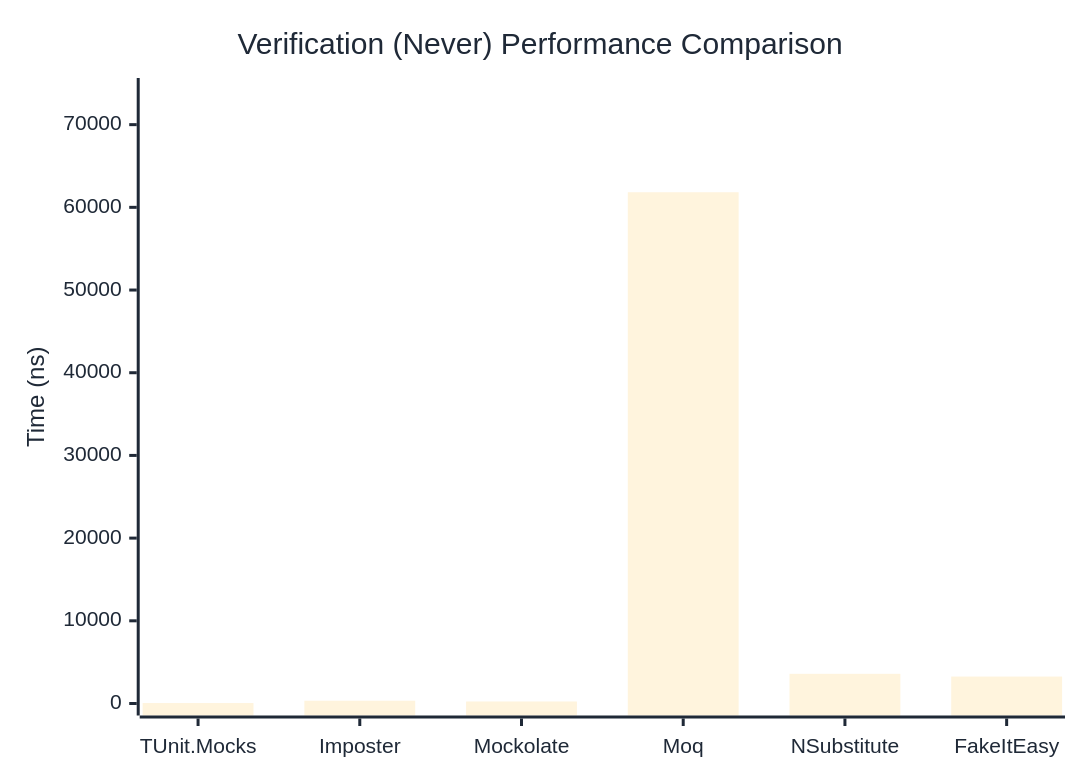
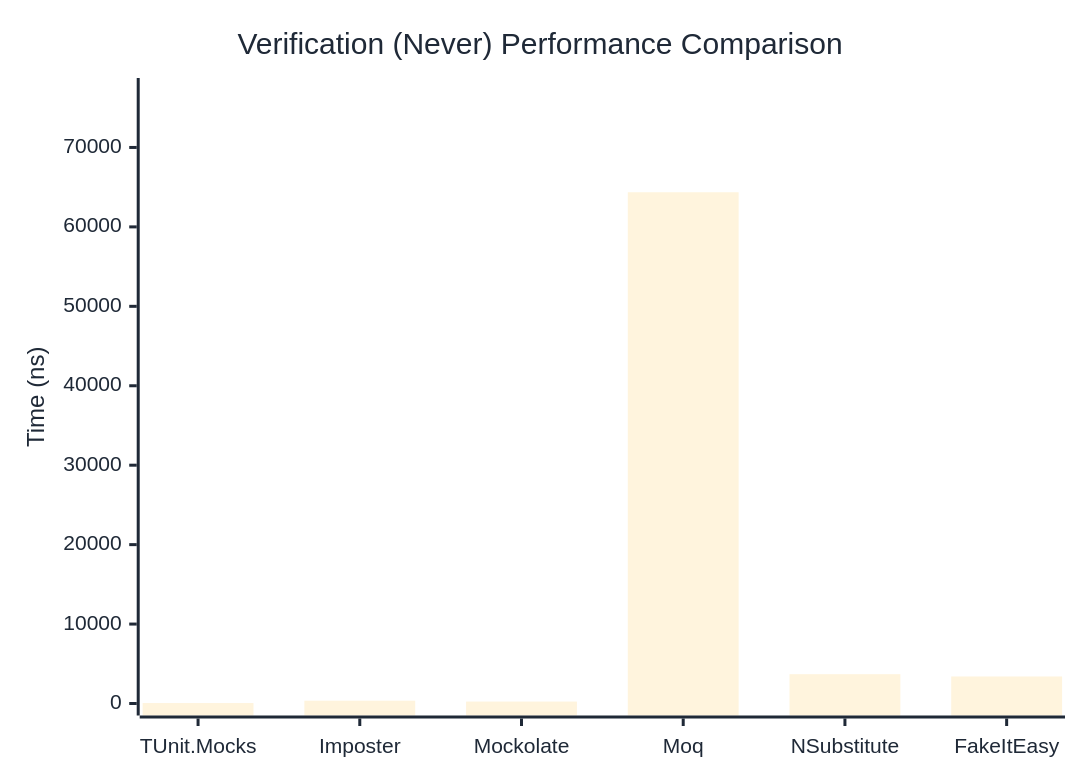
One commit to thomhurst/TUnit changed the second of 3 diagrams in docs/docs/benchmarks/mocks/Verification.md. Above: the diagram before and after it, drawn with Mermaid. The commit also changed other lines of this file and 14 other files, not shown here.

````diff
--- a/docs/docs/benchmarks/mocks/Verification.md
+++ b/docs/docs/benchmarks/mocks/Verification.md
@@ -71,27 +71,27 @@
 ```mermaid
 %%{init: {
   'theme':'base',
   'themeVariables': {
     'primaryColor': '#2563eb',
     'primaryTextColor': '#1f2937',
     'primaryBorderColor': '#1e40af',
     'lineColor': '#6b7280',
     'secondaryColor': '#7c3aed',
     'tertiaryColor': '#dc2626',
     'background': '#ffffff',
     'pie1': '#2563eb',
     'pie2': '#7c3aed',
     'pie3': '#dc2626',
     'pie4': '#f59e0b',
     'pie5': '#10b981',
     'pie6': '#06b6d4',
     'pie7': '#ec4899',
     'pie8': '#6366f1'
   }
 }}%%
 xychart-beta
   title "Verification (Never) Performance Comparison"
   x-axis ["TUnit.Mocks", "Imposter", "Mockolate", "Moq", "NSubstitute", "FakeItEasy"]
-  y-axis "Time (ns)" 0 --> 74190
-  bar [55.52, 335.09, 243.15, 61824.78, 3588.04, 3258.96]
+  y-axis "Time (ns)" 0 --> 77233
+  bar [57.39, 351.91, 244.27, 64360.35, 3690.99, 3403.23]
 ```
````
